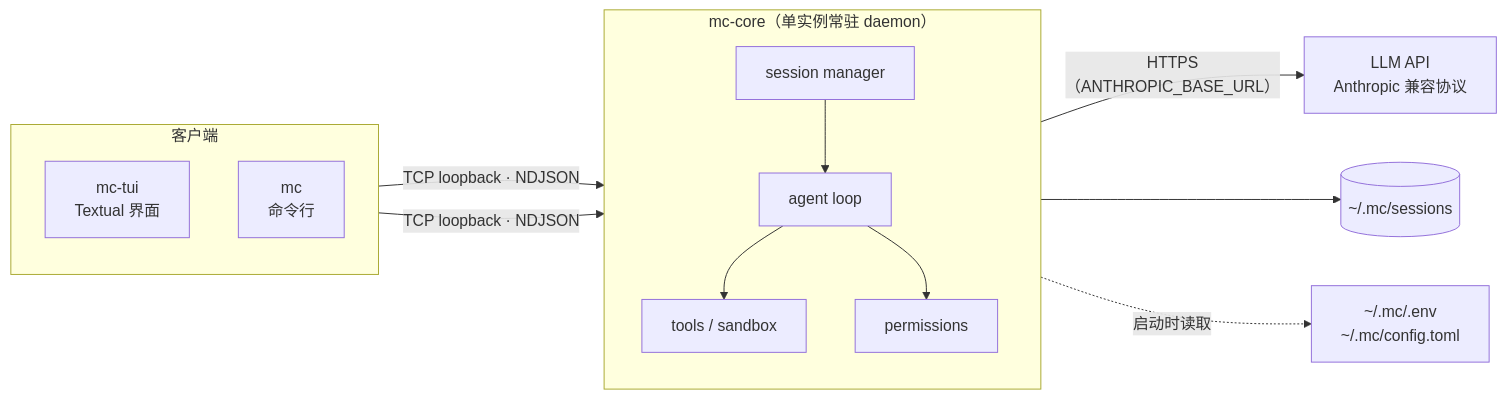
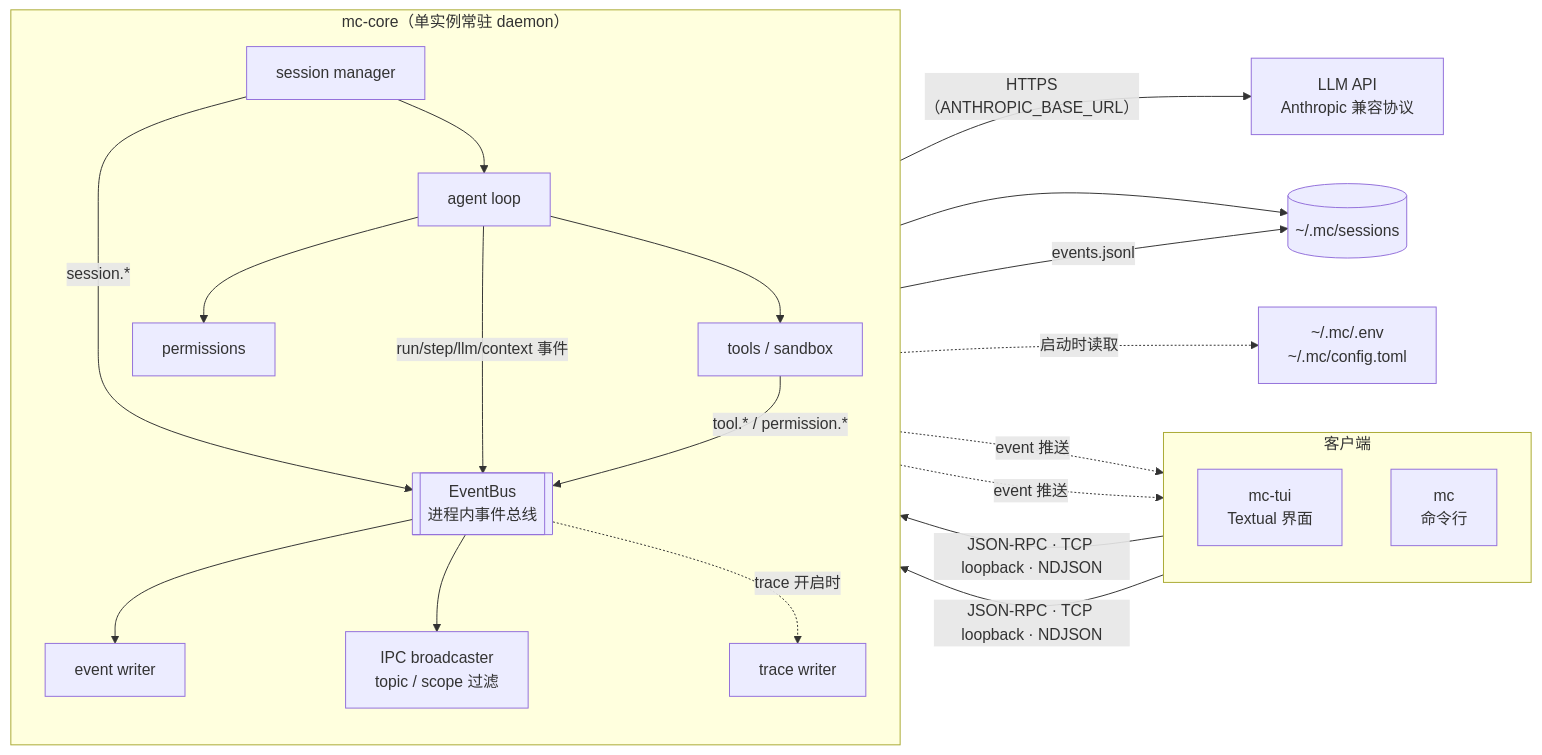
The diagram in README.md (tmnhs/MiniClaude), drawn with Mermaid before and after one commit. The commit also changed other lines of this file and 1 other file, not shown here.

Commit message:
[feat] 优化README.MD

````diff
--- a/README.md
+++ b/README.md
@@ -7,29 +15,43 @@
 ```mermaid
 flowchart LR
     subgraph CLIENTS["客户端"]
         direction TB
         TUI["mc-tui<br/>Textual 界面"]
         MC["mc<br/>命令行"]
     end
 
     subgraph DAEMON["mc-core（单实例常驻 daemon）"]
         direction TB
         SM["session manager"]
         AG["agent loop"]
         TL["tools / sandbox"]
         PM["permissions"]
+        BUS[["EventBus<br/>进程内事件总线"]]
+        EW["event writer"]
+        IPC["IPC broadcaster<br/>topic / scope 过滤"]
+        TR["trace writer"]
+
         SM --> AG
         AG --> TL
         AG --> PM
+        SM -->|session.*| BUS
+        AG -->|run/step/llm/context 事件| BUS
+        TL -->|tool.* / permission.*| BUS
+        BUS --> EW
+        BUS --> IPC
+        BUS -.->|trace 开启时| TR
     end
 
     LLM["LLM API<br/>Anthropic 兼容协议"]
     STORE[("~/.mc/sessions")]
     CFG["~/.mc/.env<br/>~/.mc/config.toml"]
 
-    TUI -- "TCP loopback · NDJSON" --> SM
-    MC -- "TCP loopback · NDJSON" --> SM
-    AG -- "HTTPS（ANTHROPIC_BASE_URL）" --> LLM
+    TUI -->|JSON-RPC · TCP loopback · NDJSON| SM
+    MC -->|JSON-RPC · TCP loopback · NDJSON| SM
+    IPC -.->|event 推送| TUI
+    IPC -.->|event 推送| MC
+    AG -->|HTTPS（ANTHROPIC_BASE_URL）| LLM
     SM --> STORE
-    DAEMON -. 启动时读取 .-> CFG
+    EW -->|events.jsonl| STORE
+    DAEMON -.->|启动时读取| CFG
 ```
````
